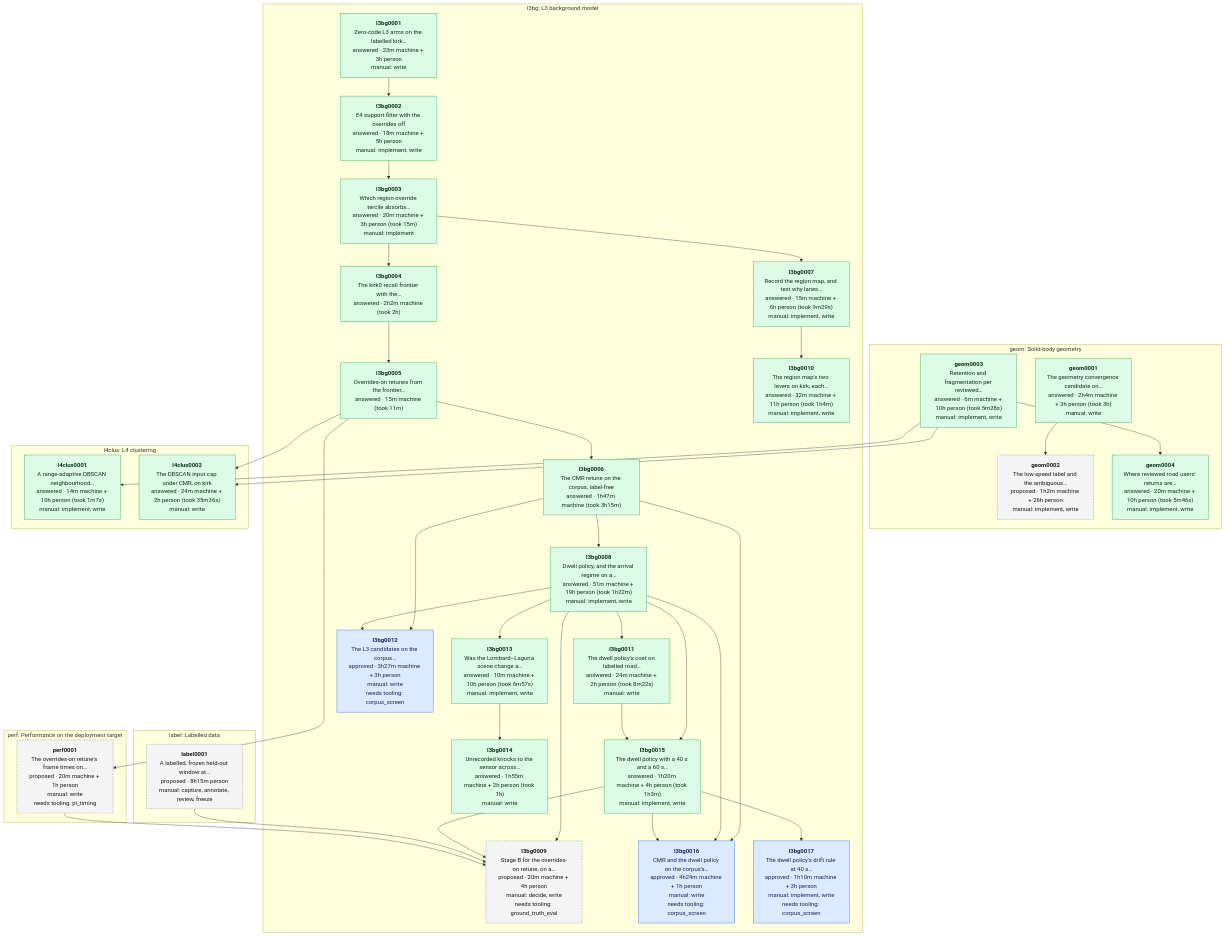
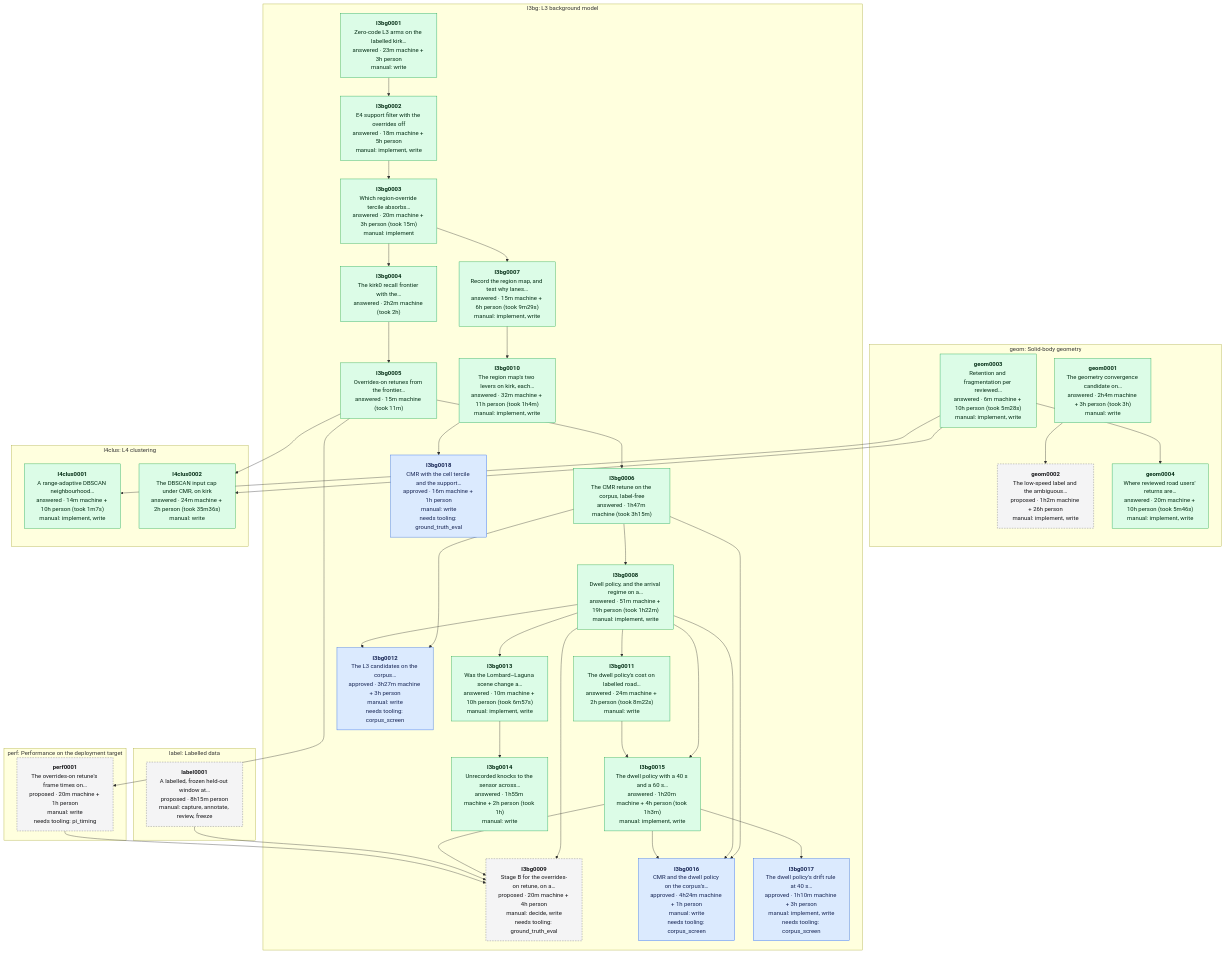
One commit to banshee-data/velocity.report changed the diagram in data/experiments/DEPENDENCIES.md. Above: the diagram before and after it, drawn with Mermaid. The commit also changed other lines of this file and 1 other file, not shown here.

Commit message:
[ai][docs] Spec l3bg0018: CMR with the cell tercile and the support filter, on kirk

````diff
--- a/data/experiments/DEPENDENCIES.md
+++ b/data/experiments/DEPENDENCIES.md
@@ -7,71 +7,73 @@
 ```mermaid
 flowchart TB
   classDef proposed fill:#f4f4f5,stroke:#71717a,stroke-dasharray:4 3,color:#18181b
   classDef approved fill:#dbeafe,stroke:#2563eb,color:#172554
   classDef answered fill:#dcfce7,stroke:#16a34a,color:#052e16
   classDef retired fill:#fafafa,stroke:#d4d4d8,color:#71717a
   subgraph area_geom ["geom: Solid-body geometry"]
     geom0001["<b>geom0001</b><br/>The geometry convergence candidate on…<br/>answered · 2h4m machine + 3h person (took 3h)<br/>manual: write"]:::answered
     geom0002["<b>geom0002</b><br/>The low-speed label and the ambiguous…<br/>proposed · 1h2m machine + 26h person<br/>manual: implement, write"]:::proposed
     geom0003["<b>geom0003</b><br/>Retention and fragmentation per reviewed…<br/>answered · 6m machine + 10h person (took 5m28s)<br/>manual: implement, write"]:::answered
     geom0004["<b>geom0004</b><br/>Where reviewed road users' returns are…<br/>answered · 20m machine + 10h person (took 5m46s)<br/>manual: implement, write"]:::answered
   end
   subgraph area_l3bg ["l3bg: L3 background model"]
     l3bg0001["<b>l3bg0001</b><br/>Zero-code L3 arms on the labelled kirk…<br/>answered · 23m machine + 3h person<br/>manual: write"]:::answered
     l3bg0002["<b>l3bg0002</b><br/>E4 support filter with the overrides off<br/>answered · 18m machine + 5h person<br/>manual: implement, write"]:::answered
     l3bg0003["<b>l3bg0003</b><br/>Which region-override tercile absorbs…<br/>answered · 20m machine + 3h person (took 15m)<br/>manual: implement"]:::answered
     l3bg0004["<b>l3bg0004</b><br/>The kirk0 recall frontier with the…<br/>answered · 2h2m machine (took 2h)"]:::answered
     l3bg0005["<b>l3bg0005</b><br/>Overrides-on retunes from the frontier…<br/>answered · 15m machine (took 11m)"]:::answered
     l3bg0006["<b>l3bg0006</b><br/>The CMR retune on the corpus, label-free<br/>answered · 1h47m machine (took 3h15m)"]:::answered
     l3bg0007["<b>l3bg0007</b><br/>Record the region map, and test why lanes…<br/>answered · 15m machine + 6h person (took 9m29s)<br/>manual: implement, write"]:::answered
     l3bg0008["<b>l3bg0008</b><br/>Dwell policy, and the arrival regime on a…<br/>answered · 51m machine + 19h person (took 1h22m)<br/>manual: implement, write"]:::answered
     l3bg0009["<b>l3bg0009</b><br/>Stage B for the overrides-on retune, on a…<br/>proposed · 20m machine + 4h person<br/>manual: decide, write<br/>needs tooling: ground_truth_eval"]:::proposed
     l3bg0010["<b>l3bg0010</b><br/>The region map's two levers on kirk, each…<br/>answered · 32m machine + 11h person (took 1h4m)<br/>manual: implement, write"]:::answered
     l3bg0011["<b>l3bg0011</b><br/>The dwell policy's cost on labelled road…<br/>answered · 24m machine + 2h person (took 8m22s)<br/>manual: write"]:::answered
     l3bg0012["<b>l3bg0012</b><br/>The L3 candidates on the corpus…<br/>approved · 3h27m machine + 3h person<br/>manual: write<br/>needs tooling: corpus_screen"]:::approved
     l3bg0013["<b>l3bg0013</b><br/>Was the Lombard–Laguna scene change a…<br/>answered · 10m machine + 10h person (took 6m57s)<br/>manual: implement, write"]:::answered
     l3bg0014["<b>l3bg0014</b><br/>Unrecorded knocks to the sensor across…<br/>answered · 1h55m machine + 2h person (took 1h)<br/>manual: write"]:::answered
     l3bg0015["<b>l3bg0015</b><br/>The dwell policy with a 40 s and a 60 s…<br/>answered · 1h20m machine + 4h person (took 1h3m)<br/>manual: implement, write"]:::answered
     l3bg0016["<b>l3bg0016</b><br/>CMR and the dwell policy on the corpus's…<br/>approved · 4h24m machine + 1h person<br/>manual: write<br/>needs tooling: corpus_screen"]:::approved
     l3bg0017["<b>l3bg0017</b><br/>The dwell policy's drift rule at 40 s…<br/>approved · 1h10m machine + 3h person<br/>manual: implement, write<br/>needs tooling: corpus_screen"]:::approved
+    l3bg0018["<b>l3bg0018</b><br/>CMR with the cell tercile and the support…<br/>approved · 16m machine + 1h person<br/>manual: write<br/>needs tooling: ground_truth_eval"]:::approved
   end
   subgraph area_l4clus ["l4clus: L4 clustering"]
     l4clus0001["<b>l4clus0001</b><br/>A range-adaptive DBSCAN neighbourhood…<br/>answered · 14m machine + 10h person (took 1m7s)<br/>manual: implement, write"]:::answered
     l4clus0002["<b>l4clus0002</b><br/>The DBSCAN input cap under CMR, on kirk<br/>answered · 24m machine + 2h person (took 35m36s)<br/>manual: write"]:::answered
   end
   subgraph area_label ["label: Labelled data"]
     label0001["<b>label0001</b><br/>A labelled, frozen held-out window at…<br/>proposed · 8h15m person<br/>manual: capture, annotate, review, freeze"]:::proposed
   end
   subgraph area_perf ["perf: Performance on the deployment target"]
     perf0001["<b>perf0001</b><br/>The overrides-on retune's frame times on…<br/>proposed · 20m machine + 1h person<br/>manual: write<br/>needs tooling: pi_timing"]:::proposed
   end
   geom0001 --> geom0002
   geom0003 --> geom0004
   l3bg0001 --> l3bg0002
   l3bg0002 --> l3bg0003
   l3bg0003 --> l3bg0004
   l3bg0004 --> l3bg0005
   l3bg0005 --> l3bg0006
   l3bg0003 --> l3bg0007
   l3bg0006 --> l3bg0008
   l3bg0008 --> l3bg0009
   l3bg0015 --> l3bg0009
   label0001 --> l3bg0009
   perf0001 --> l3bg0009
   l3bg0007 --> l3bg0010
   l3bg0008 --> l3bg0011
   l3bg0006 --> l3bg0012
   l3bg0008 --> l3bg0012
   l3bg0008 --> l3bg0013
   l3bg0013 --> l3bg0014
   l3bg0008 --> l3bg0015
   l3bg0011 --> l3bg0015
   l3bg0006 --> l3bg0016
   l3bg0008 --> l3bg0016
   l3bg0015 --> l3bg0016
   l3bg0015 --> l3bg0017
+  l3bg0010 --> l3bg0018
   geom0003 --> l4clus0001
   geom0003 --> l4clus0002
   l3bg0005 --> l4clus0002
   l3bg0005 --> perf0001
 ```
````
